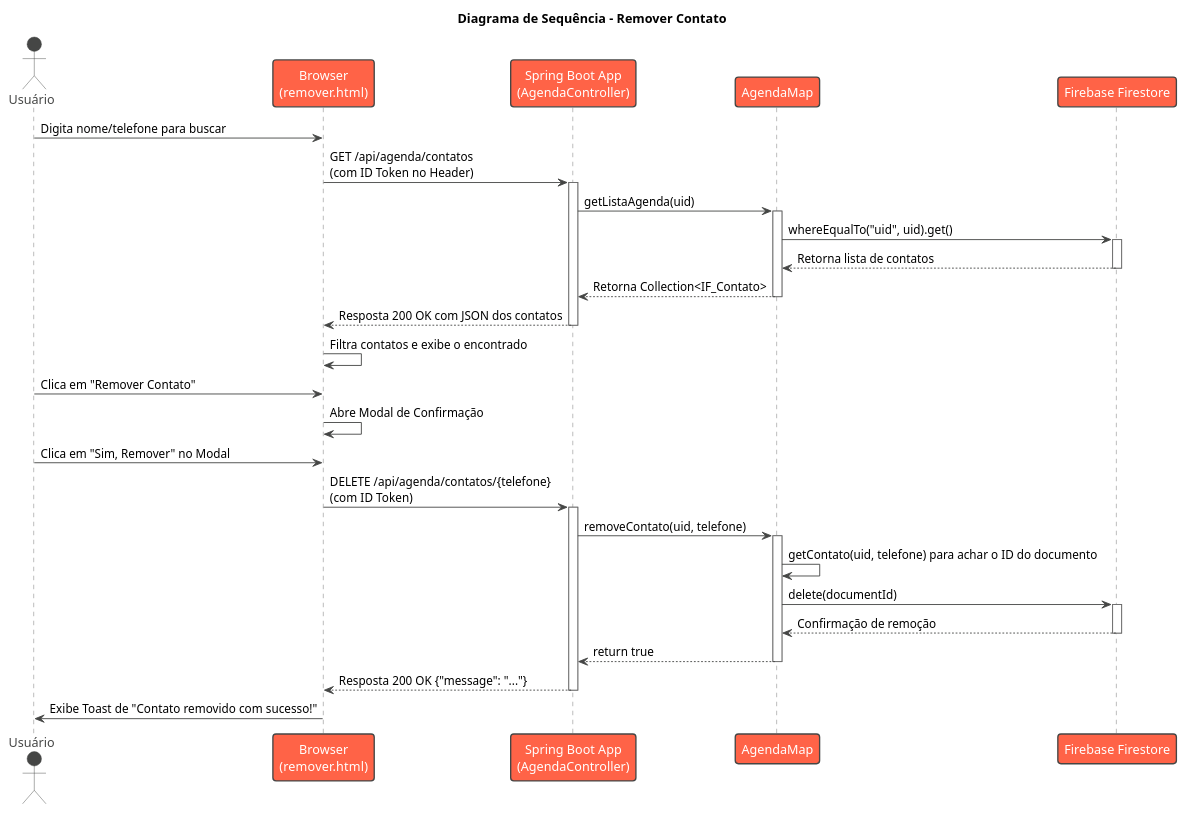
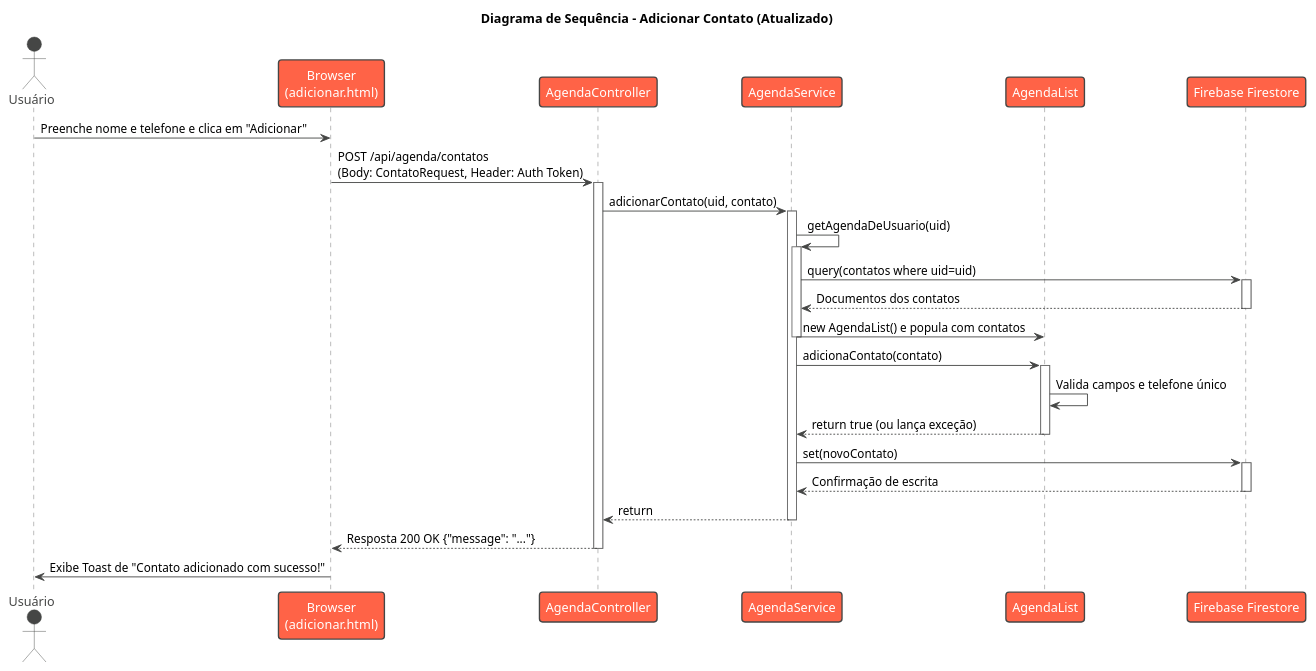
Before and after one commit to KalvinAlbuquerque/ES-StudyCase01: the diagram in agenda/agenda/diagramas/diagrama_de_sequencia.puml, drawn with PlantUML. The commit also changed 8 other files, not shown here.

Commit message:
Adicionado diagrama entidade relacionamento // adicionado teste da camada de persistencia

```diff
--- a/agenda/agenda/diagramas/diagrama_de_sequencia.puml
+++ b/agenda/agenda/diagramas/diagrama_de_sequencia.puml
@@ -1,50 +1,51 @@
-@startuml diagrama_de_sequencia
-' Thema para um visual mais moderno
+@startuml diagrama_de_sequencia_atualizado
 !theme vibrant
 
-title Diagrama de Sequência - Remover Contato
+title Diagrama de Sequência - Adicionar Contato (Atualizado)
 
 actor Usuário
-participant "Browser\n(remover.html)" as Browser
-participant "Spring Boot App\n(AgendaController)" as App
-participant "AgendaMap" as Agenda
+participant "Browser\n(adicionar.html)" as Browser
+participant "AgendaController" as Controller
+participant "AgendaService" as Service
+participant "AgendaList" as AgendaModel
 participant "Firebase Firestore" as Firestore
 
-Usuário -> Browser: Digita nome/telefone para buscar
-Browser -> App: GET /api/agenda/contatos\n(com ID Token no Header)
+Usuário -> Browser: Preenche nome e telefone e clica em "Adicionar"
+Browser -> Controller: POST /api/agenda/contatos\n(Body: ContatoRequest, Header: Auth Token)
+activate Controller
 
-activate App
-App -> Agenda: getListaAgenda(uid)
-activate Agenda
-Agenda -> Firestore: whereEqualTo("uid", uid).get()
+Controller -> Service: adicionarContato(uid, contato)
+activate Service
+
+' Validação de duplicidade
+Service -> Service: getAgendaDeUsuario(uid)
+activate Service
+Service -> Firestore: query(contatos where uid=uid)
 activate Firestore
-Firestore --> Agenda: Retorna lista de contatos
+Firestore --> Service: Documentos dos contatos
 deactivate Firestore
-Agenda --> App: Retorna Collection<IF_Contato>
-deactivate Agenda
-App --> Browser: Resposta 200 OK com JSON dos contatos
-deactivate App
+Service -> AgendaModel: new AgendaList() e popula com contatos
+deactivate Service
 
-Browser -> Browser: Filtra contatos e exibe o encontrado
-Usuário -> Browser: Clica em "Remover Contato"
-Browser -> Browser: Abre Modal de Confirmação
+' Adição ao modelo local (onde a exceção de duplicado ocorre)
+Service -> AgendaModel: adicionaContato(contato)
+activate AgendaModel
+AgendaModel -> AgendaModel: Valida campos e telefone único
+AgendaModel --> Service: return true (ou lança exceção)
+deactivate AgendaModel
 
-Usuário -> Browser: Clica em "Sim, Remover" no Modal
-Browser -> App: DELETE /api/agenda/contatos/{telefone}\n(com ID Token)
+' Persistência no banco
+Service -> Firestore: set(novoContato)
+activate Firestore
+Firestore --> Service: Confirmação de escrita
+deactivate Firestore
 
-activate App
-App -> Agenda: removeContato(uid, telefone)
-activate Agenda
-Agenda -> Agenda: getContato(uid, telefone) para achar o ID do documento
-Agenda -> Firestore: delete(documentId)
-activate Firestore
-Firestore --> Agenda: Confirmação de remoção
-deactivate Firestore
-Agenda --> App: return true
-deactivate Agenda
-App --> Browser: Resposta 200 OK {"message": "..."}
-deactivate App
+Service --> Controller: return
+deactivate Service
 
-Browser -> Usuário: Exibe Toast de "Contato removido com sucesso!"
+Controller --> Browser: Resposta 200 OK {"message": "..."}
+deactivate Controller
+
+Browser -> Usuário: Exibe Toast de "Contato adicionado com sucesso!"
 
 @enduml
```
